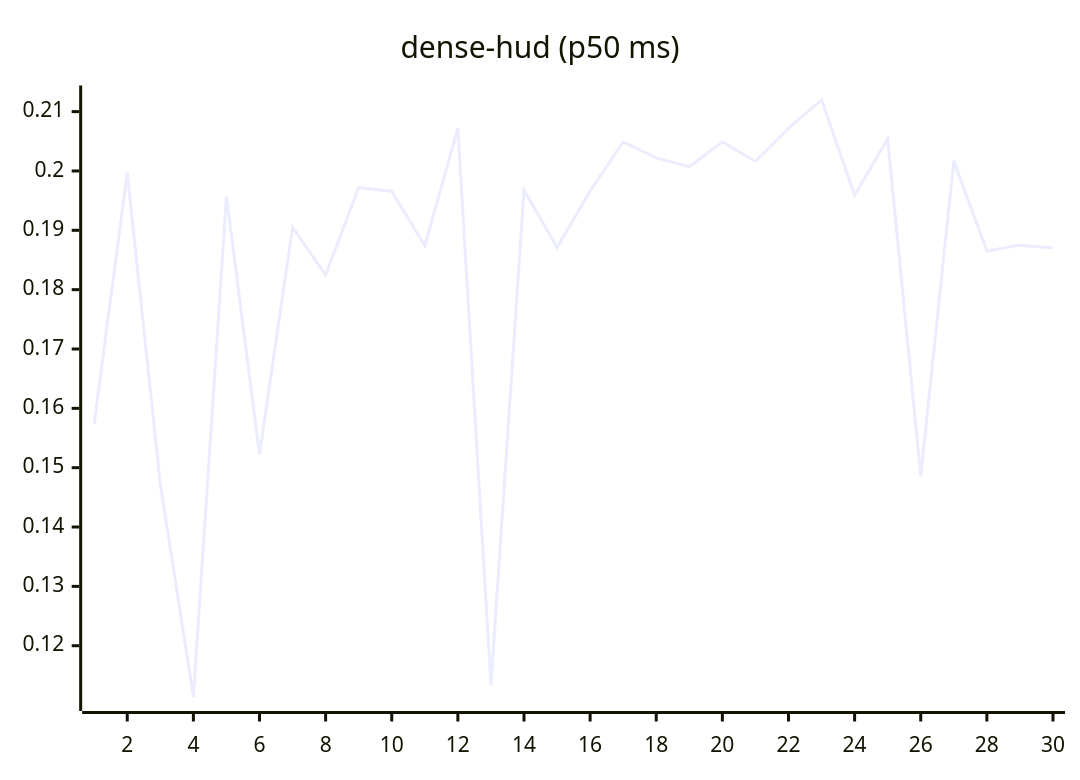
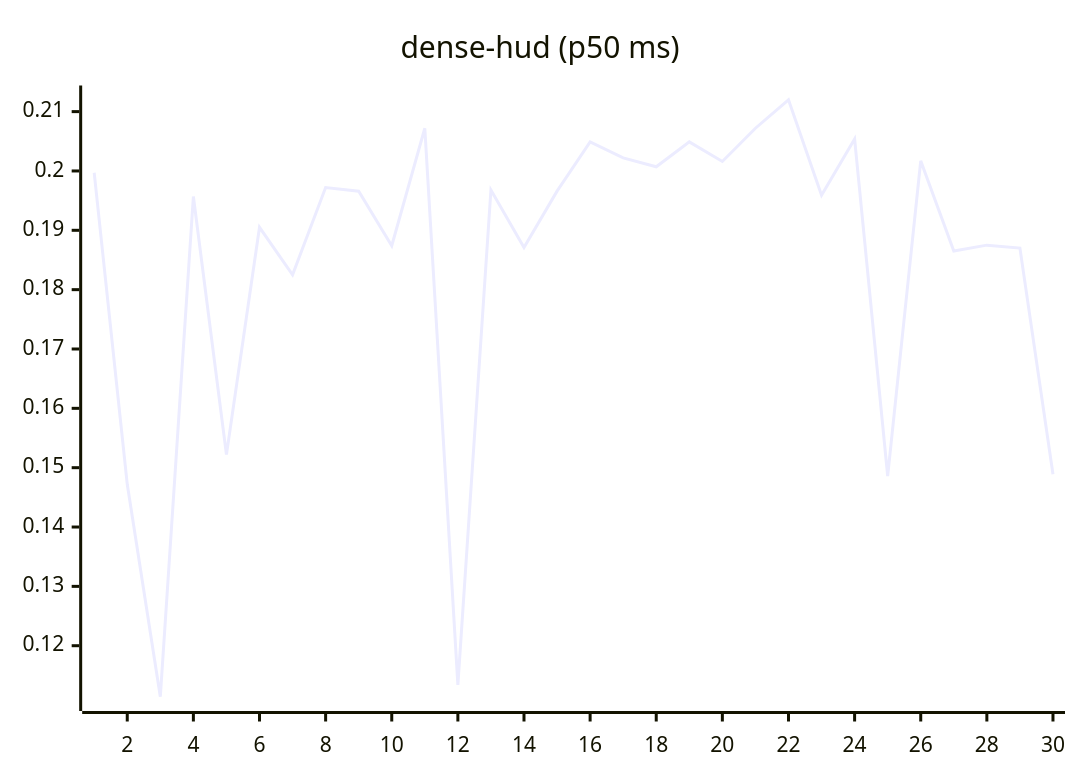
One commit to josha/Facet changed the eighth of 27 diagrams in README.md. Above: the diagram before and after it, drawn with Mermaid. The commit also changed other lines of this file and 2 other files, not shown here.

````diff
--- a/README.md
+++ b/README.md
@@ -112,6 +112,6 @@
 ```mermaid
 xychart-beta
     title "dense-hud (p50 ms)"
     x-axis 1 --> 30
-    line [0.1574, 0.1997, 0.1472, 0.1114, 0.1957, 0.1522, 0.1905, 0.1825, 0.1972, 0.1966, 0.1874, 0.2072, 0.1134, 0.1968, 0.1871, 0.1966, 0.2049, 0.2022, 0.2007, 0.2049, 0.2016, 0.2072, 0.2120, 0.1959, 0.2054, 0.1486, 0.2017, 0.1865, 0.1875, 0.1870]
+    line [0.1997, 0.1472, 0.1114, 0.1957, 0.1522, 0.1905, 0.1825, 0.1972, 0.1966, 0.1874, 0.2072, 0.1134, 0.1968, 0.1871, 0.1966, 0.2049, 0.2022, 0.2007, 0.2049, 0.2016, 0.2072, 0.2120, 0.1959, 0.2054, 0.1486, 0.2017, 0.1865, 0.1875, 0.1870, 0.1489]
 ```
````
